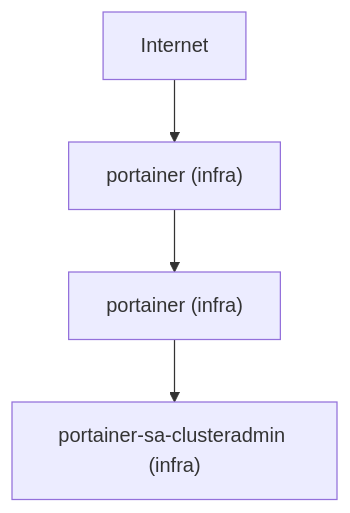
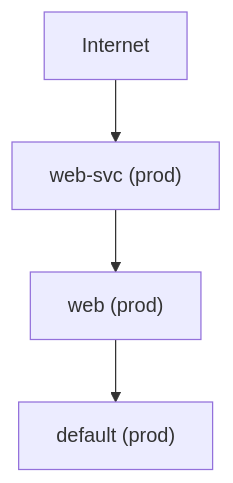
One commit to devopsproxy/dp changed the diagram in README.md. Above: the diagram before and after it, drawn with Mermaid. The commit also changed other lines of this file and 8 other files, not shown here.

````diff
--- a/README.md
+++ b/README.md
@@ -631,12 +108,11 @@
 ```mermaid
 graph TD
+    Internet["Internet"]
+    LoadBalancer_web["web-svc (prod)"]
+    Deployment_web["web (prod)"]
+    ServiceAccount_default["default (prod)"]
 
-    Internet["Internet"]
-    LoadBalancer_portainer["portainer (infra)"]
-    Deployment_portainer["portainer (infra)"]
-    ServiceAccount_portainer_sa_clusteradmin["portainer-sa-clusteradmin (infra)"]
-
-    Internet --> LoadBalancer_portainer
-    LoadBalancer_portainer --> Deployment_portainer
-    Deployment_portainer --> ServiceAccount_portainer_sa_clusteradmin
+    Internet --> LoadBalancer_web
+    LoadBalancer_web --> Deployment_web
+    Deployment_web --> ServiceAccount_default
 ```
````
